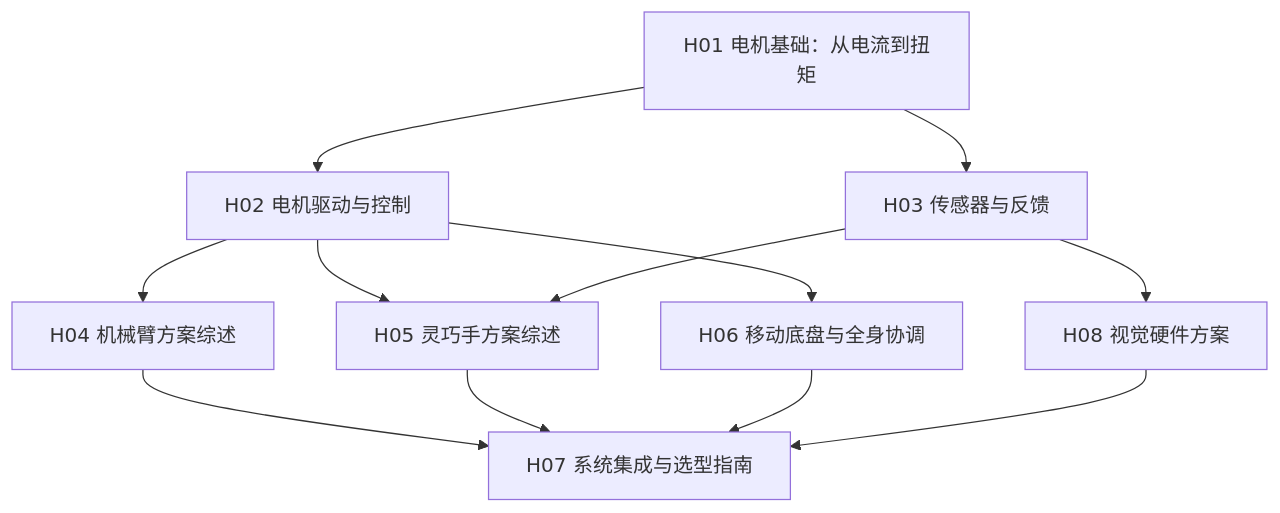
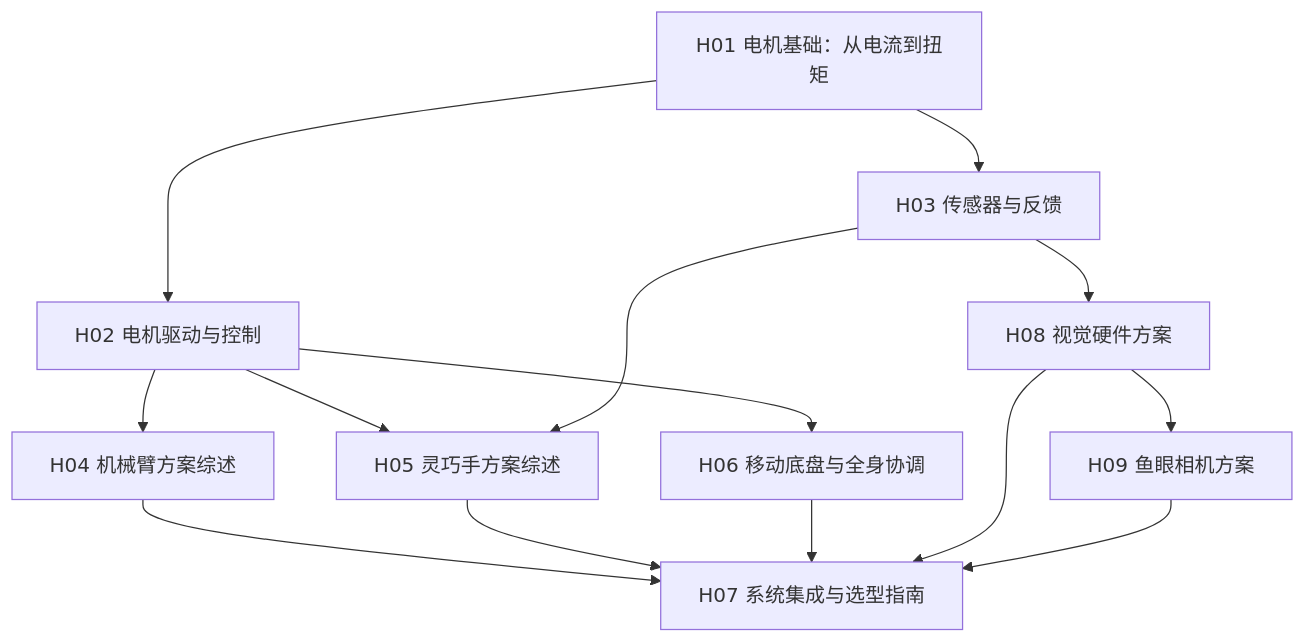
Before and after one commit to endlesscollider/paper: the diagram in 硬件基础/index.md, drawn with Mermaid. The commit also changed other lines of this file and 739 other files, not shown here.

First line of the commit message:
docs: 更新文章、系列与论文综述，新增配图与绘图脚本

````diff
--- a/硬件基础/index.md
+++ b/硬件基础/index.md
@@ -11,14 +11,16 @@
 ```mermaid
 flowchart TD
     H01["H01 电机基础：从电流到扭矩"] --> H02["H02 电机驱动与控制"]
     H01 --> H03["H03 传感器与反馈"]
     H02 --> H04["H04 机械臂方案综述"]
     H02 --> H05["H05 灵巧手方案综述"]
     H02 --> H06["H06 移动底盘与全身协调"]
     H03 --> H05
     H03 --> H08["H08 视觉硬件方案"]
+    H08 --> H09["H09 鱼眼相机方案"]
     H04 --> H07["H07 系统集成与选型指南"]
     H05 --> H07
     H06 --> H07
     H08 --> H07
+    H09 --> H07
 ```
````
